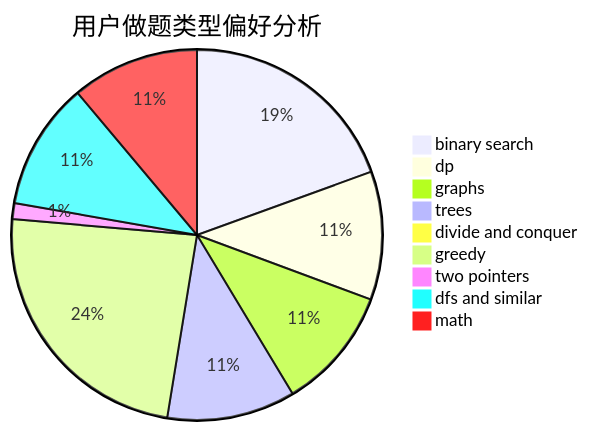
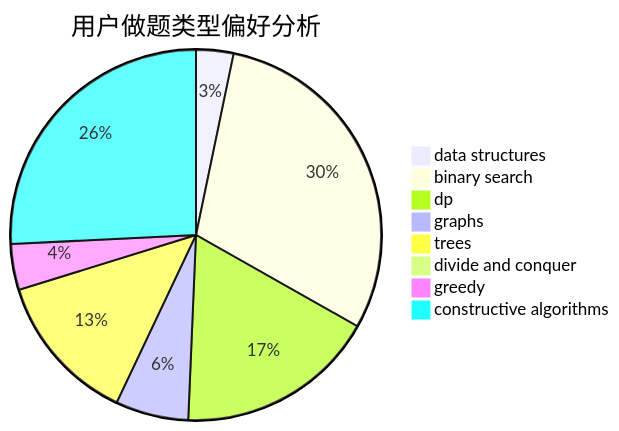
Before and after one commit to sherpahu/cfrs.github.io: the second of 3 diagrams in docs/user/u2630.md, drawn with Mermaid. The commit also changed other lines of this file and 2775 other files, not shown here.

````diff
--- a/docs/user/u2630.md
+++ b/docs/user/u2630.md
@@ -23,12 +23,11 @@
 ```mermaid
 pie title 用户做题类型偏好分析
-    "binary search" :  238
-    "dp" :  137
-    "graphs" :  131
-    "trees" :  137
-    "divide and conquer" :  9
-    "greedy" :  291
-    "two pointers" :  17
-    "dfs and similar" :  136
-    "math" :  136
+    "data structures" :  22
+    "binary search" :  202
+    "dp" :  118
+    "graphs" :  43
+    "trees" :  89
+    "divide and conquer" :  0
+    "greedy" :  27
+    "constructive algorithms" :  174
 ```
````
